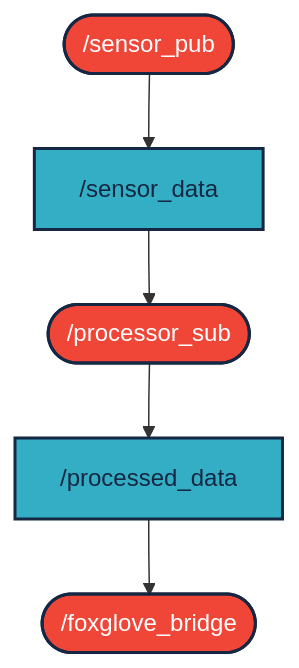
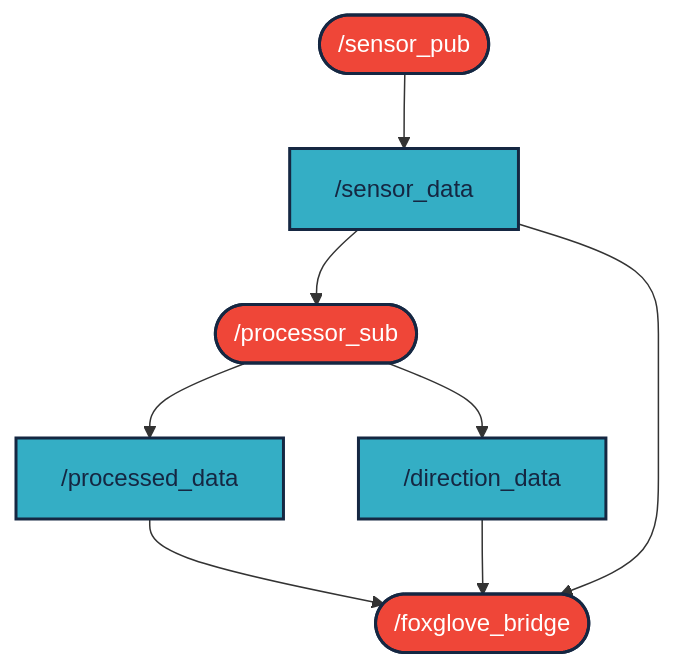
The diagram in README.md (Samuferi/sam_zb2), drawn with Mermaid before and after one commit. The commit also changed other lines of this file and 1 other file, not shown here.

````diff
--- a/README.md
+++ b/README.md
@@ -64,13 +64,16 @@
 ```mermaid
 graph TD
 id1([ /sensor_pub]):::red
 id2([ /processor_sub]):::red
 id3([ /foxglove_bridge]):::red
 id4[ /sensor_data]:::light
 id5[ /processed_data]:::light
+id6[ /direction_data]:::light
 
 id1 --> id4 --> id2 --> id5 --> id3
+id4--> id3
+id2--> id6 --> id3
 
 classDef light fill:#34aec5,stroke:#152742,stroke-width:2px,color:#152742  
 classDef red fill:#ef4638,stroke:#152742,stroke-width:2px,color:#fff
 ```
````
